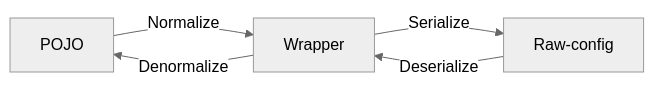
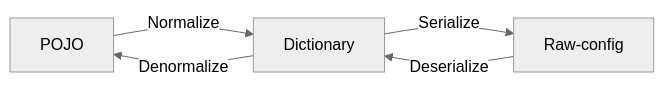
One commit to anhcraft/config changed the first of 5 diagrams in INTERNAL.md. Above: the diagram before and after it, drawn with Mermaid (neutral theme). The commit also changed other lines of this file and 27 other files, not shown here.

````diff
--- a/INTERNAL.md
+++ b/INTERNAL.md
@@ -23,5 +23,5 @@
 ```mermaid
 flowchart LR
-    POJO -->|Normalize| Wrapper -->|Serialize| Raw-config
-    Raw-config -->|Deserialize| Wrapper -->|Denormalize| POJO
+    POJO -->|Normalize| Dictionary -->|Serialize| Raw-config
+    Raw-config -->|Deserialize| Dictionary -->|Denormalize| POJO
 ```
````
